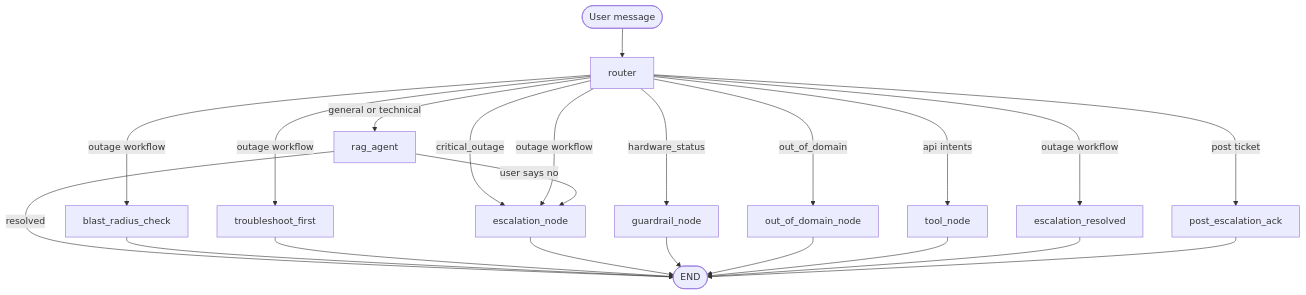
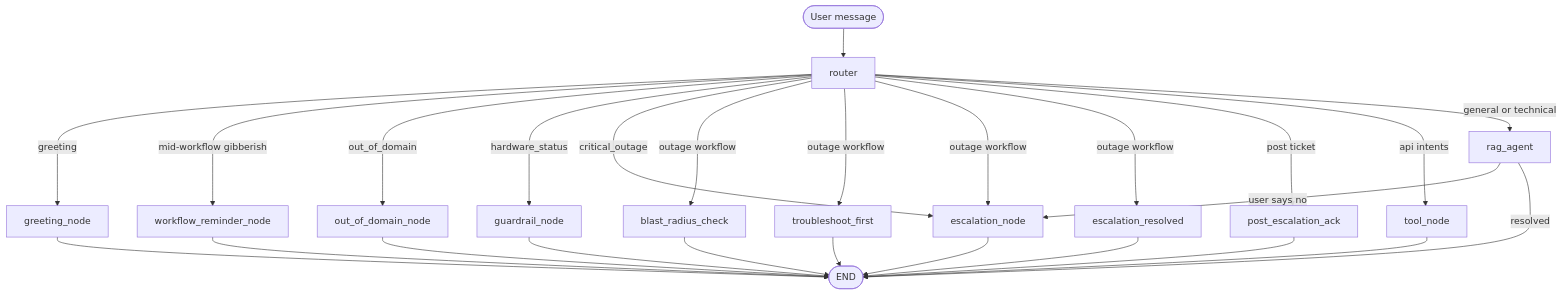
One commit to anupks5942/operator-AI changed the second of 2 diagrams in docs/ARCHITECTURE.md. Above: the diagram before and after it, drawn with Mermaid. The commit also changed other lines of this file and 10 other files, not shown here.

````diff
--- a/docs/ARCHITECTURE.md
+++ b/docs/ARCHITECTURE.md
@@ -56,24 +56,28 @@
 ```mermaid
 flowchart TD
   start([User message]) --> router[router]
+  router -->|greeting| greet[greeting_node]
+  router -->|mid-workflow gibberish| remind[workflow_reminder_node]
   router -->|out_of_domain| ood[out_of_domain_node]
   router -->|hardware_status| guard[guardrail_node]
   router -->|critical_outage| esc[escalation_node]
   router -->|outage workflow| blast[blast_radius_check]
   router -->|outage workflow| troubleshoot[troubleshoot_first]
   router -->|outage workflow| esc
   router -->|outage workflow| resolved[escalation_resolved]
   router -->|post ticket| ack[post_escalation_ack]
   router -->|api intents| tools[tool_node]
   router -->|general or technical| rag[rag_agent]
   rag -->|user says no| esc
   rag -->|resolved| endNode([END])
+  greet --> endNode
+  remind --> endNode
   blast --> endNode
   troubleshoot --> endNode
   esc --> endNode
   guard --> endNode
   ood --> endNode
   tools --> endNode
   resolved --> endNode
   ack --> endNode
 ```
````
